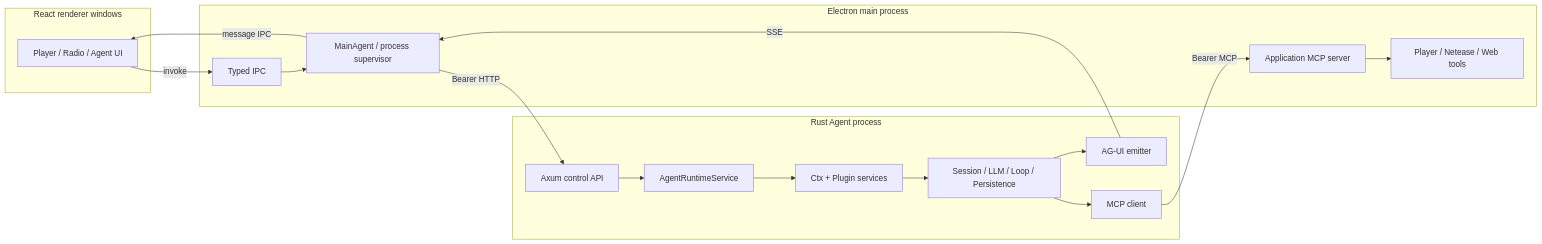
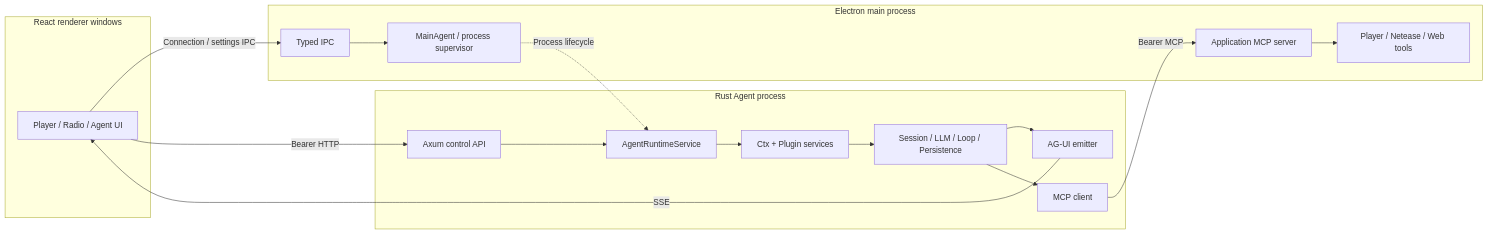
Before and after one commit to Ma-hiru/AiraMusic: the diagram in README.md, drawn with Mermaid. The commit also changed other lines of this file and 228 other files, not shown here.

````diff
--- a/README.md
+++ b/README.md
@@ -166,27 +150,28 @@
 ```mermaid
 flowchart LR
   subgraph Renderer["React renderer windows"]
     UI["Player / Radio / Agent UI"]
   end
 
   subgraph Main["Electron main process"]
     IPC["Typed IPC"]
     Supervisor["MainAgent / process supervisor"]
     MCP["Application MCP server"]
     Tools["Player / Netease / Web tools"]
   end
 
   subgraph Rust["Rust Agent process"]
     HTTP["Axum control API"]
     Runtime["AgentRuntimeService"]
     Ctx["Ctx + Plugin services"]
     Loop["Session / LLM / Loop / Persistence"]
     Events["AG-UI emitter"]
     McpClient["MCP client"]
   end
 
-  UI -->|invoke| IPC --> Supervisor -->|Bearer HTTP| HTTP
-  HTTP --> Runtime --> Ctx --> Loop
-  Loop --> Events -->|SSE| Supervisor -->|message IPC| UI
+  UI -->|Connection / settings IPC| IPC --> Supervisor
+  Supervisor -.->|Process lifecycle| Runtime
+  UI -->|Bearer HTTP| HTTP --> Runtime --> Ctx --> Loop
+  Loop --> Events -->|SSE| UI
   Loop --> McpClient -->|Bearer MCP| MCP --> Tools
 ```
````
